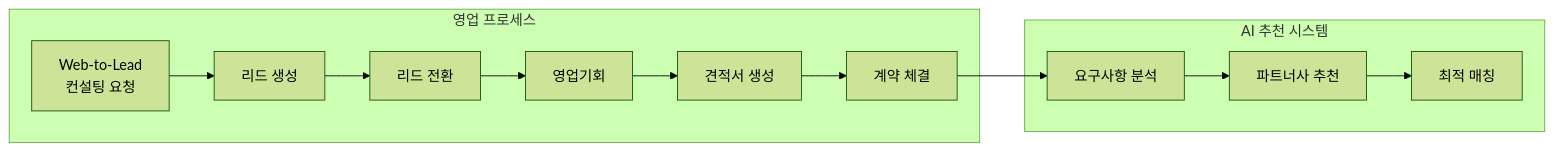
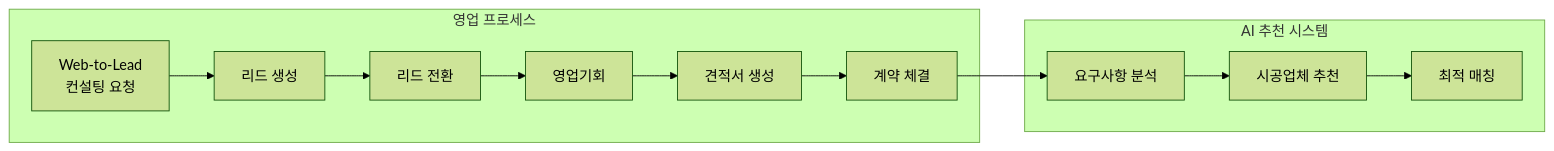
Before and after one commit to WJY-ador/Salesforce_Yashija_Project: the second of 4 diagrams in README.md, drawn with Mermaid (forest theme). The commit also changed other lines of this file, not shown here.

````diff
--- a/README.md
+++ b/README.md
@@ -86,17 +87,17 @@
 ```mermaid
 flowchart LR
     subgraph "영업 프로세스"
         A[Web-to-Lead<br>컨설팅 요청] --> B[리드 생성]
         B --> C[리드 전환]
         C --> D[영업기회]
         D --> E[견적서 생성]
         E --> F[계약 체결]
     end
     
     subgraph "AI 추천 시스템"
-        G[요구사항 분석] --> H[파트너사 추천]
+        G[요구사항 분석] --> H[시공업체 추천]
         H --> I[최적 매칭]
     end
     
     F --> G
 ```
````
